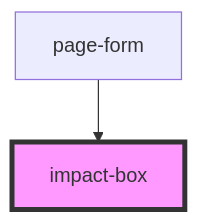
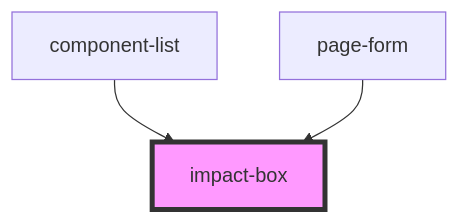
Before and after one commit to pizza-to-the-polls/power-the-polls: the diagram in site/src/components/impact-box/readme.md, drawn with Mermaid. The commit also changed other lines of this file and 8 other files, not shown here.

````diff
--- a/site/src/components/impact-box/readme.md
+++ b/site/src/components/impact-box/readme.md
@@ -15,5 +16,6 @@
 ```mermaid
 graph TD;
+  component-list --> impact-box
   page-form --> impact-box
   style impact-box fill:#f9f,stroke:#333,stroke-width:4px
 ```
````
